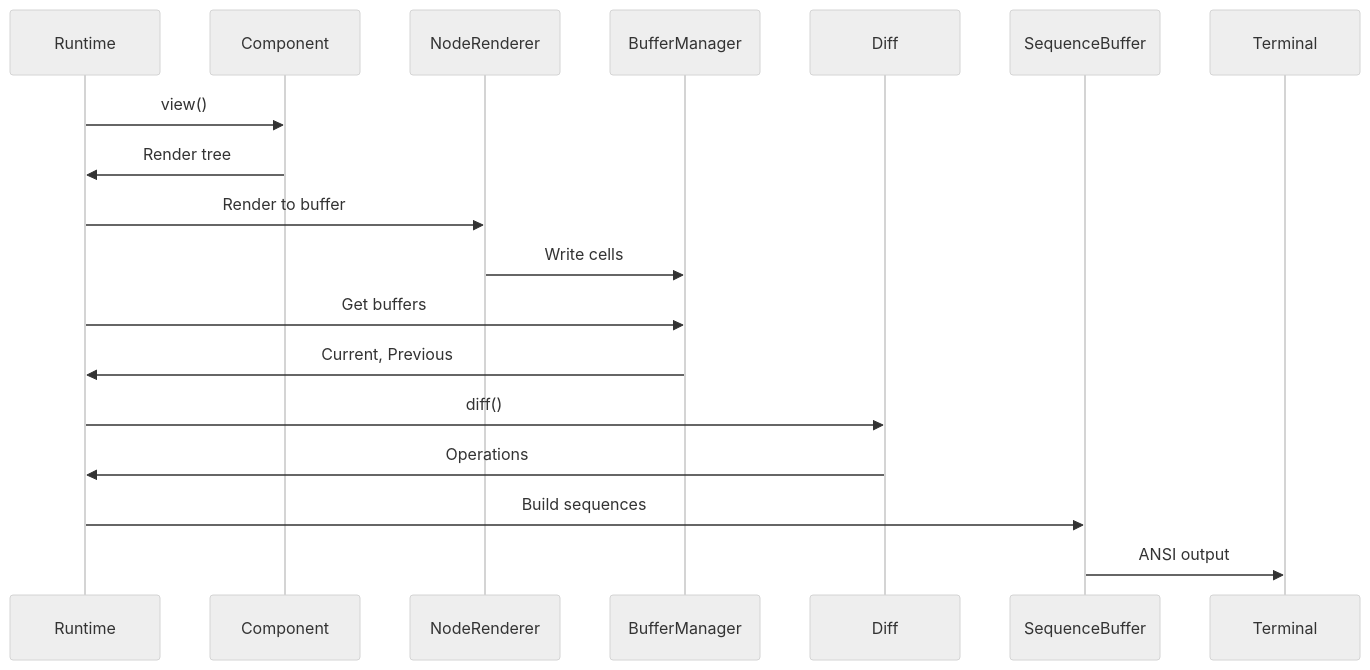
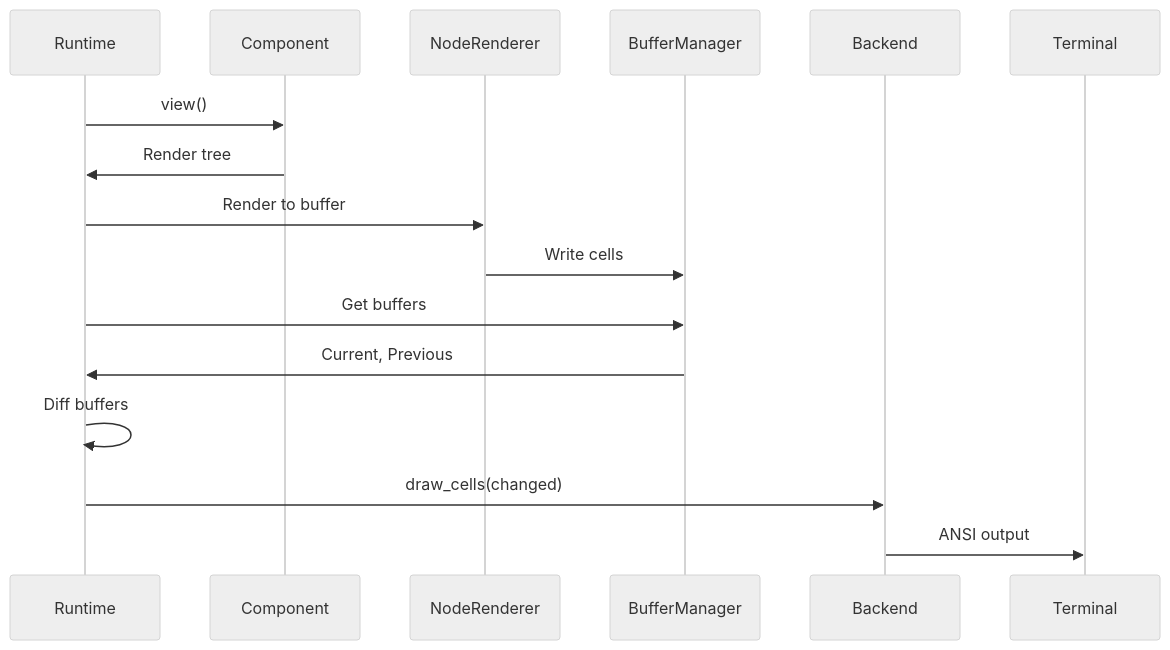
Before and after one commit to pcharbon70/term_ui: the sixth of 6 diagrams in guides/developer/01-architecture-overview.md, drawn with Mermaid (neutral theme). The commit also changed other lines of this file and 241 other files, not shown here.

````diff
--- a/guides/developer/01-architecture-overview.md
+++ b/guides/developer/01-architecture-overview.md
@@ -266,21 +262,19 @@
 ```mermaid
 sequenceDiagram
     participant RT as Runtime
     participant Comp as Component
     participant NR as NodeRenderer
     participant BM as BufferManager
-    participant Diff as Diff
-    participant SB as SequenceBuffer
+    participant BE as Backend
     participant Term as Terminal
 
     RT->>Comp: view()
     Comp->>RT: Render tree
     RT->>NR: Render to buffer
     NR->>BM: Write cells
     RT->>BM: Get buffers
     BM->>RT: Current, Previous
-    RT->>Diff: diff()
-    Diff->>RT: Operations
-    RT->>SB: Build sequences
-    SB->>Term: ANSI output
+    RT->>RT: Diff buffers
+    RT->>BE: draw_cells(changed)
+    BE->>Term: ANSI output
 ```
````
